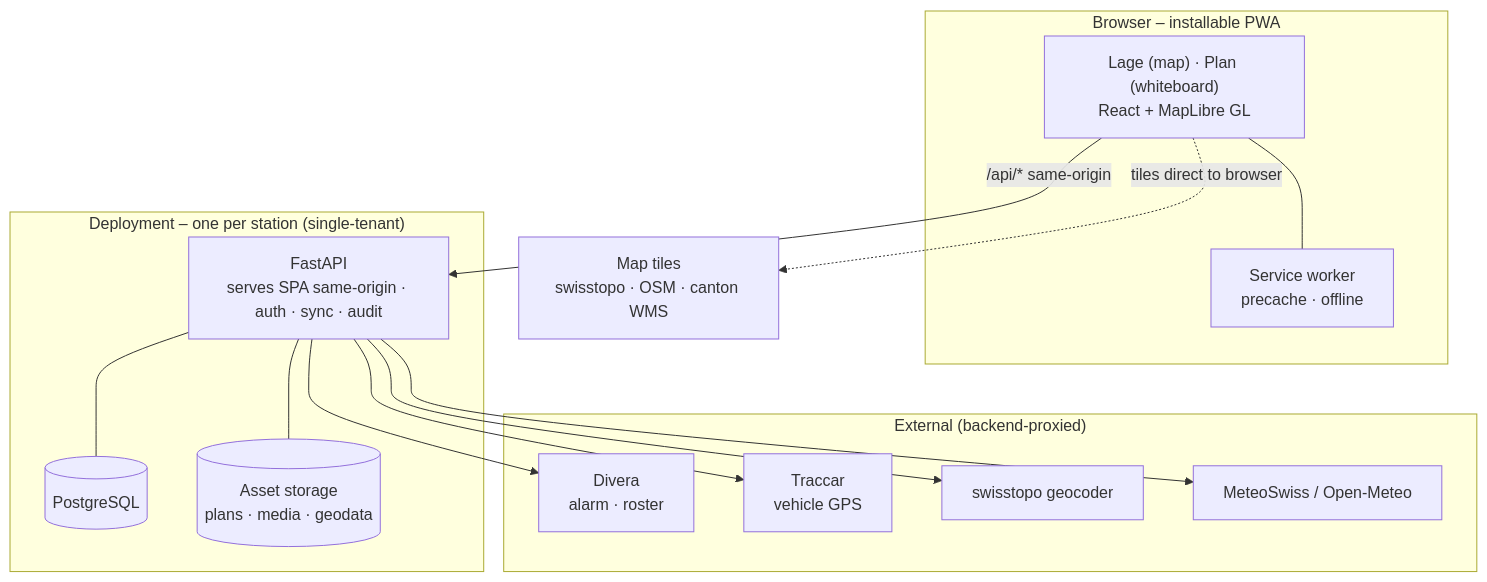
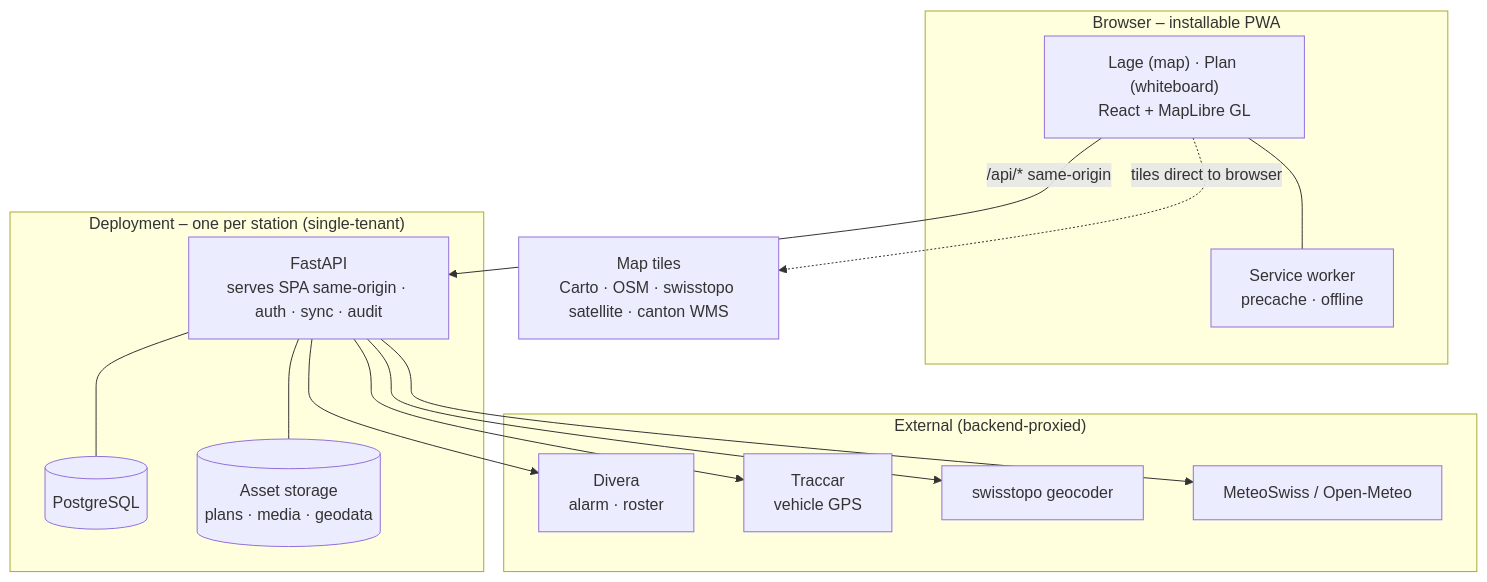
One commit to feuerwehr-oberwil/kp-front changed the diagram in README.md. Above: the diagram before and after it, drawn with Mermaid. The commit also changed other lines of this file and 6 other files, not shown here.

````diff
--- a/README.md
+++ b/README.md
@@ -191,28 +197,28 @@
 ```mermaid
 flowchart TB
   subgraph CLIENT["Browser – installable PWA"]
     UI["Lage (map) · Plan (whiteboard)<br/>React + MapLibre GL"]
     SW["Service worker<br/>precache · offline"]
     UI --- SW
   end
   subgraph DEP["Deployment – one per station (single-tenant)"]
     API["FastAPI<br/>serves SPA same-origin · auth · sync · audit"]
     DB[("PostgreSQL")]
     FILES[("Asset storage<br/>plans · media · geodata")]
     API --- DB
     API --- FILES
   end
   subgraph EXT["External (backend-proxied)"]
     DIV["Divera<br/>alarm · roster"]
     TRC["Traccar<br/>vehicle GPS"]
     GEO["swisstopo geocoder"]
     WX["MeteoSwiss / Open-Meteo"]
   end
-  TILES["Map tiles<br/>swisstopo · OSM · canton WMS"]
+  TILES["Map tiles<br/>Carto · OSM · swisstopo satellite · canton WMS"]
   UI -->|"/api/* same-origin"| API
   API --> DIV
   API --> TRC
   API --> GEO
   API --> WX
   UI -. "tiles direct to browser" .-> TILES
 ```
````
